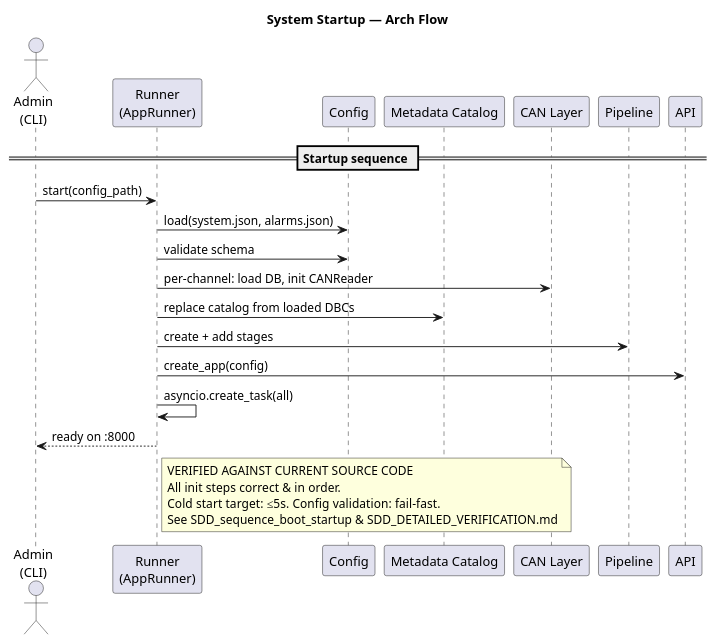
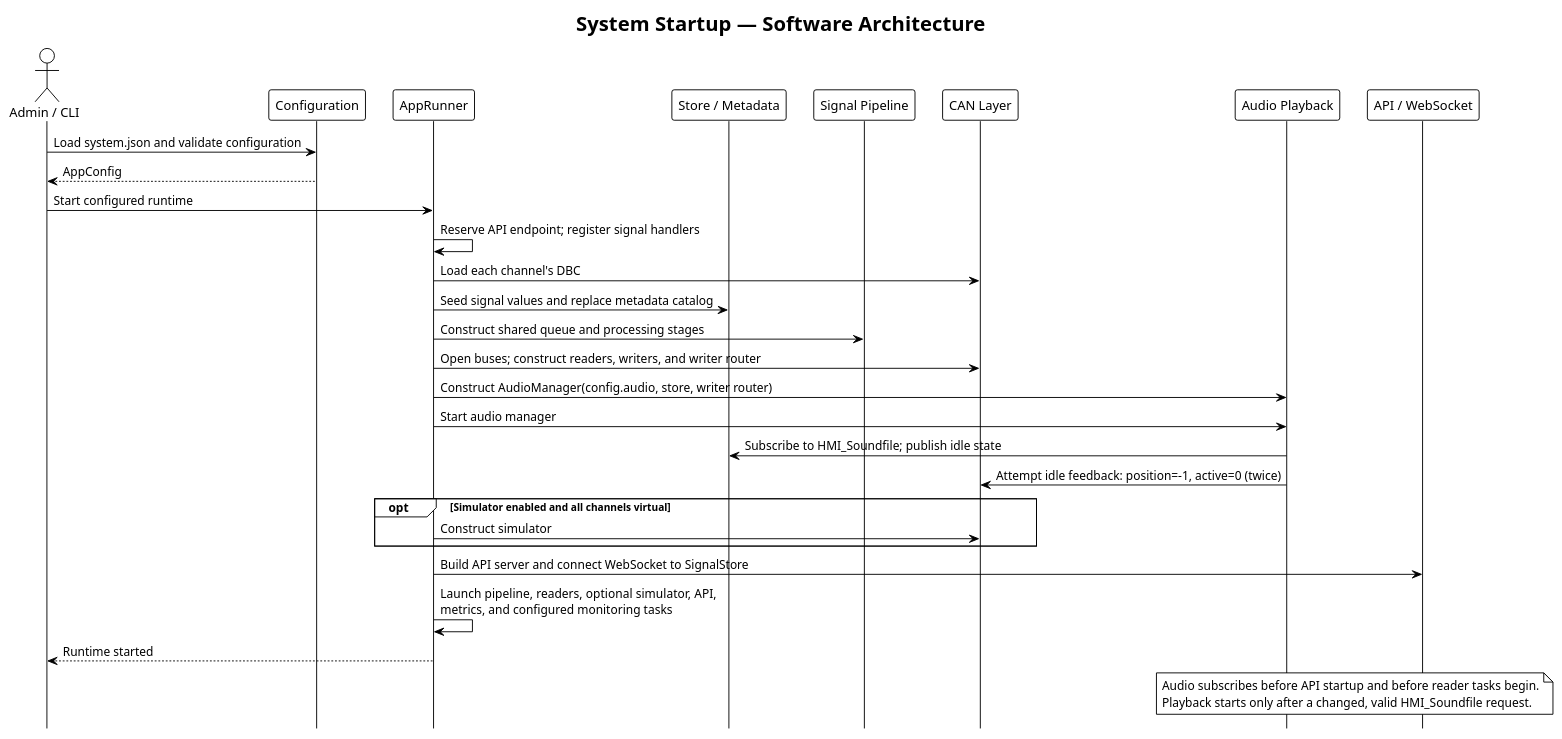
Before and after one commit to 3tdn/car-hmi: the diagram in diagram/SAD/SAD_sequence_boot_startup.puml, drawn with PlantUML. The commit also changed 18 other files, not shown here.

First line of the commit message:
Document SEAL audio demo across SAD, SDD, and user docs

```diff
--- a/diagram/SAD/SAD_sequence_boot_startup.puml
+++ b/diagram/SAD/SAD_sequence_boot_startup.puml
@@ -1,30 +1,38 @@
-@startuml
-title System Startup — Arch Flow
+@startuml SAD_sequence_boot_startup
+!theme plain
+title System Startup — Software Architecture
+hide footbox
 
-actor "Admin\n(CLI)" as Admin
-participant "Runner\n(AppRunner)" as Runner
-participant "Config" as Config
-participant "Metadata Catalog" as Metadata
-participant "CAN Layer" as CAN
-participant "Pipeline" as Pipeline
-participant "API" as API
+actor "Admin / CLI" as admin
+participant "Configuration" as config
+participant "AppRunner" as runner
+participant "Store / Metadata" as store
+participant "Signal Pipeline" as pipeline
+participant "CAN Layer" as can
+participant "Audio Playback" as audio
+participant "API / WebSocket" as api
 
-== Startup sequence ==
-Admin -> Runner : start(config_path)
-Runner -> Config : load(system.json, alarms.json)
-Runner -> Config : validate schema
-Runner -> CAN : per-channel: load DB, init CANReader
-Runner -> Metadata : replace catalog from loaded DBCs
-Runner -> Pipeline : create + add stages
-Runner -> API : create_app(config)
-Runner -> Runner : asyncio.create_task(all)
-Runner --> Admin : ready on :8000
+admin -> config : Load system.json and validate configuration
+config --> admin : AppConfig
+admin -> runner : Start configured runtime
+runner -> runner : Reserve API endpoint; register signal handlers
+runner -> can : Load each channel's DBC
+runner -> store : Seed signal values and replace metadata catalog
+runner -> pipeline : Construct shared queue and processing stages
+runner -> can : Open buses; construct readers, writers, and writer router
+runner -> audio : Construct AudioManager(config.audio, store, writer router)
+runner -> audio : Start audio manager
+audio -> store : Subscribe to HMI_Soundfile; publish idle state
+audio -> can : Attempt idle feedback: position=-1, active=0 (twice)
+opt Simulator enabled and all channels virtual
+    runner -> can : Construct simulator
+end
+runner -> api : Build API server and connect WebSocket to SignalStore
+runner -> runner : Launch pipeline, readers, optional simulator, API,\nmetrics, and configured monitoring tasks
+runner --> admin : Runtime started
 
-note right of Runner
-  VERIFIED AGAINST CURRENT SOURCE CODE
-  All init steps correct & in order.
-  Cold start target: ≤5s. Config validation: fail-fast.
-  See SDD_sequence_boot_startup & SDD_DETAILED_VERIFICATION.md
+note over audio, api
+  Audio subscribes before API startup and before reader tasks begin.
+  Playback starts only after a changed, valid HMI_Soundfile request.
 end note
-
 @enduml
```
